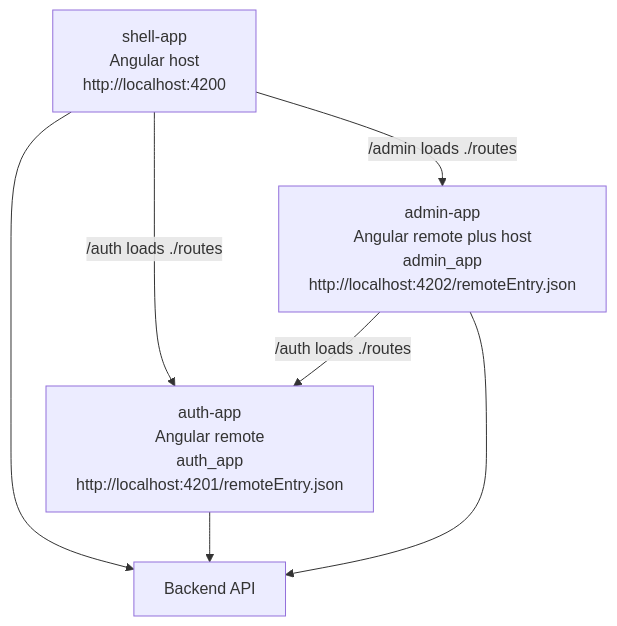
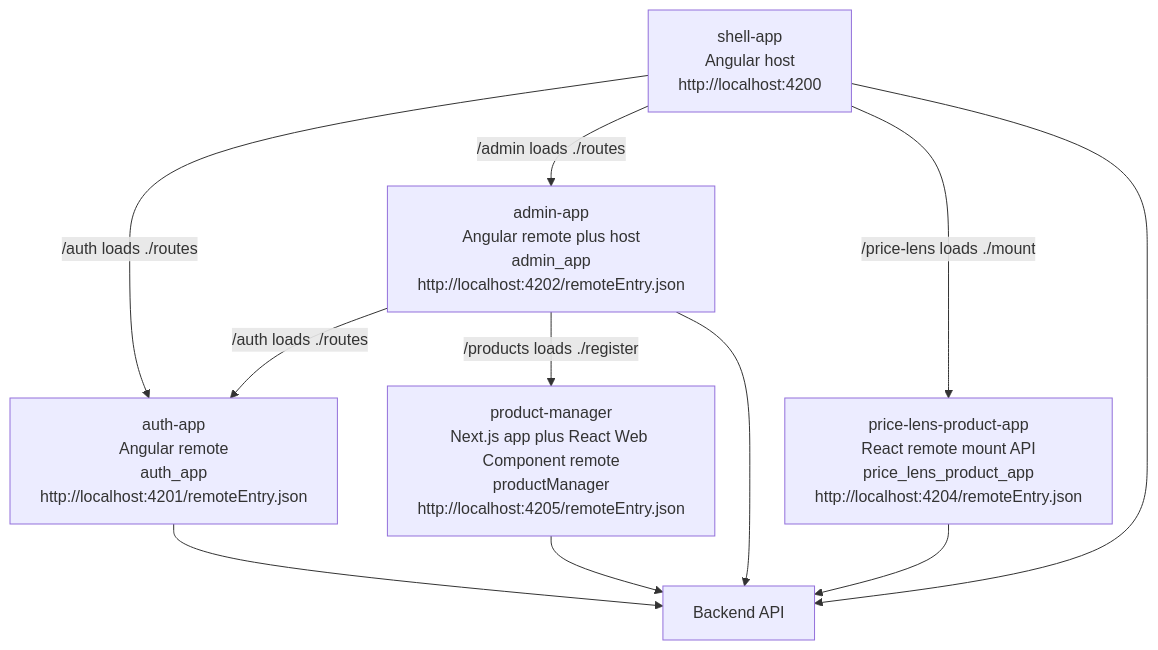
Before and after one commit to Khatri-Sanjay/mfe-poc: the third of 19 diagrams in frontend/NATIVE-FEDERATION-SETUP.md, drawn with Mermaid. The commit also changed other lines of this file and 265 other files, not shown here.

````diff
--- a/frontend/NATIVE-FEDERATION-SETUP.md
+++ b/frontend/NATIVE-FEDERATION-SETUP.md
@@ -336,14 +366,20 @@
 ```mermaid
 flowchart TD
   Shell["shell-app<br/>Angular host<br/>http://localhost:4200"]
   Auth["auth-app<br/>Angular remote<br/>auth_app<br/>http://localhost:4201/remoteEntry.json"]
   Admin["admin-app<br/>Angular remote plus host<br/>admin_app<br/>http://localhost:4202/remoteEntry.json"]
+  PriceLens["price-lens-product-app<br/>React remote mount API<br/>price_lens_product_app<br/>http://localhost:4204/remoteEntry.json"]
+  ProductManager["product-manager<br/>Next.js app plus React Web Component remote<br/>productManager<br/>http://localhost:4205/remoteEntry.json"]
   Api["Backend API"]
 
   Shell -->|/auth loads ./routes| Auth
   Shell -->|/admin loads ./routes| Admin
+  Shell -->|/price-lens loads ./mount| PriceLens
   Admin -->|/auth loads ./routes| Auth
+  Admin -->|/products loads ./register| ProductManager
   Shell --> Api
   Auth --> Api
   Admin --> Api
+  PriceLens --> Api
+  ProductManager --> Api
 ```
````
